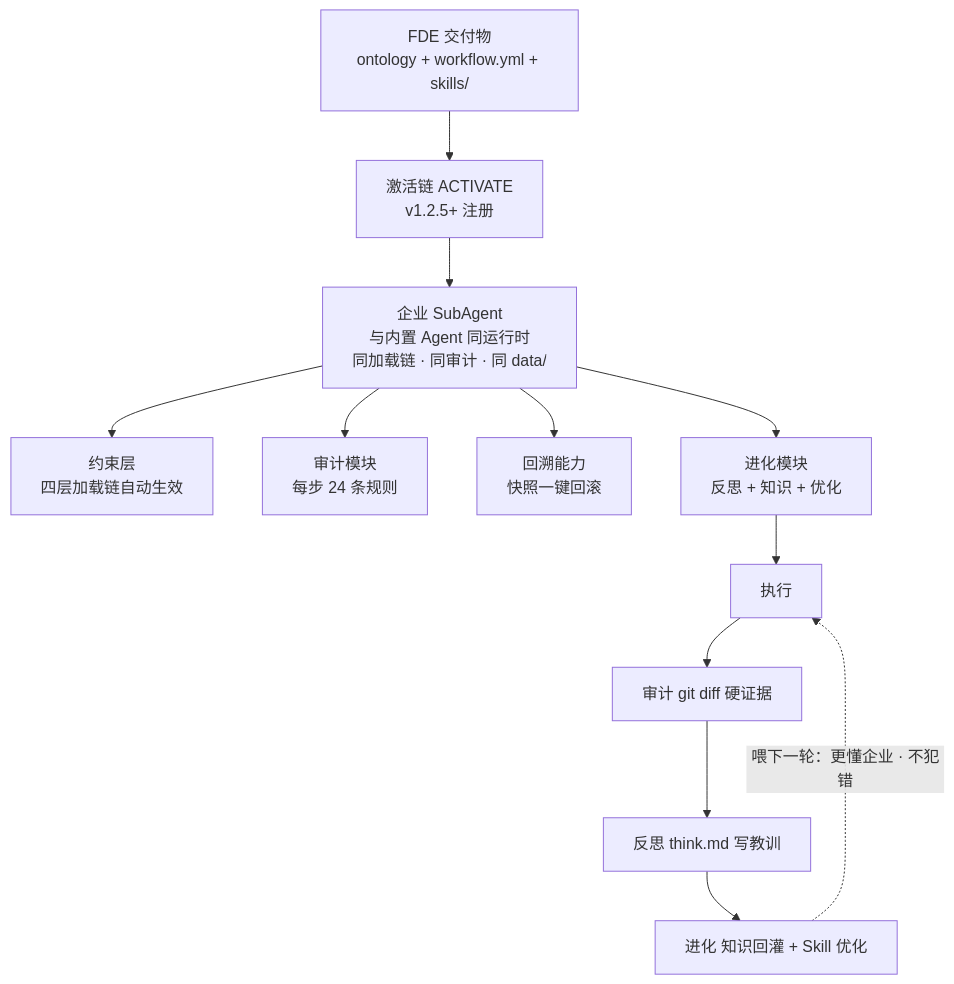
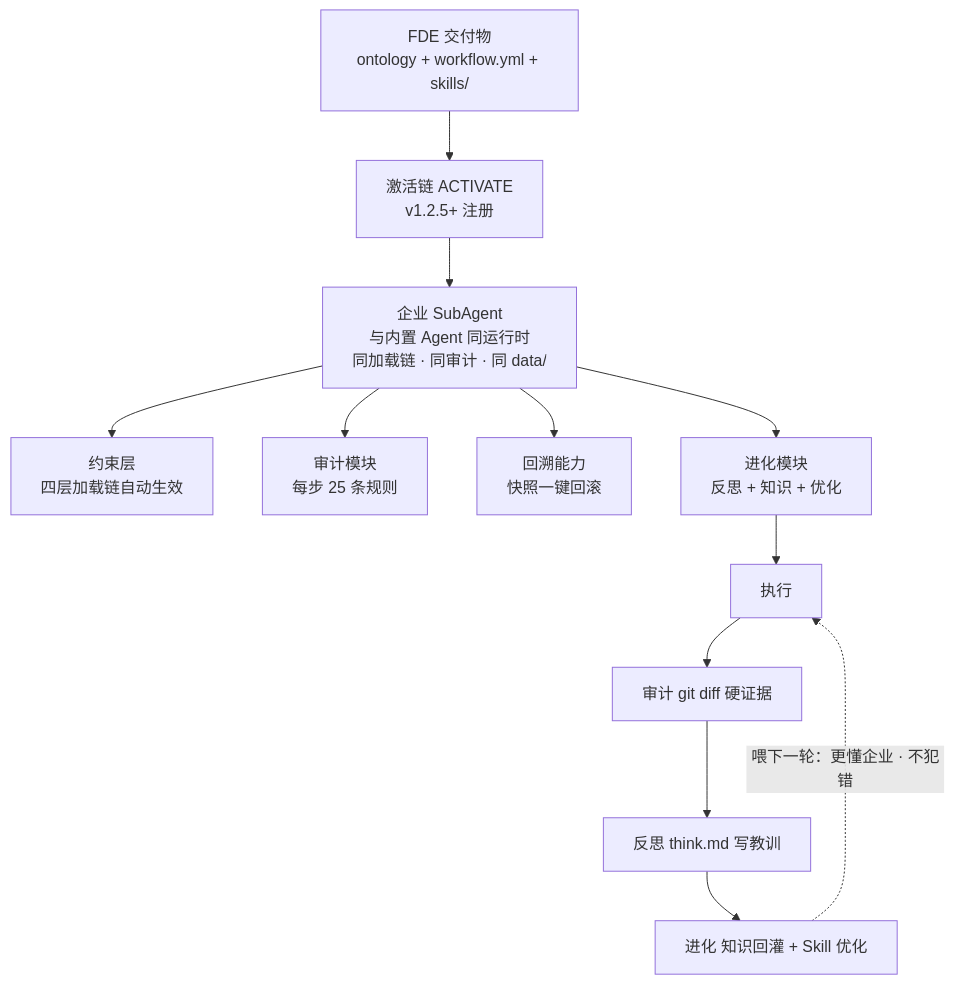
One commit to KongFangXun/sofagent changed the diagram in docs/guides/fde-activation-chain.md. Above: the diagram before and after it, drawn with Mermaid. The commit also changed other lines of this file and 99 other files, not shown here.

````diff
--- a/docs/guides/fde-activation-chain.md
+++ b/docs/guides/fde-activation-chain.md
@@ -381,15 +381,15 @@
 ```mermaid
 flowchart TD
     DELIV[FDE 交付物<br/>ontology + workflow.yml + skills/] --> ACT[激活链 ACTIVATE<br/>v1.2.5+ 注册]
     ACT --> SA[企业 SubAgent<br/>与内置 Agent 同运行时<br/>同加载链 · 同审计 · 同 data/]
     SA --> CB[约束层<br/>四层加载链自动生效]
-    SA --> AU[审计模块<br/>每步 24 条规则]
+    SA --> AU[审计模块<br/>每步 25 条规则]
     SA --> RE[回溯能力<br/>快照一键回滚]
     SA --> EV[进化模块<br/>反思 + 知识 + 优化]
 
     EV --> LOOP1[执行]
     LOOP1 --> LOOP2[审计 git diff 硬证据]
     LOOP2 --> LOOP3[反思 think.md 写教训]
     LOOP3 --> LOOP4[进化 知识回灌 + Skill 优化]
     LOOP4 -.->|喂下一轮：更懂企业 · 不犯错| LOOP1
 ```
````
